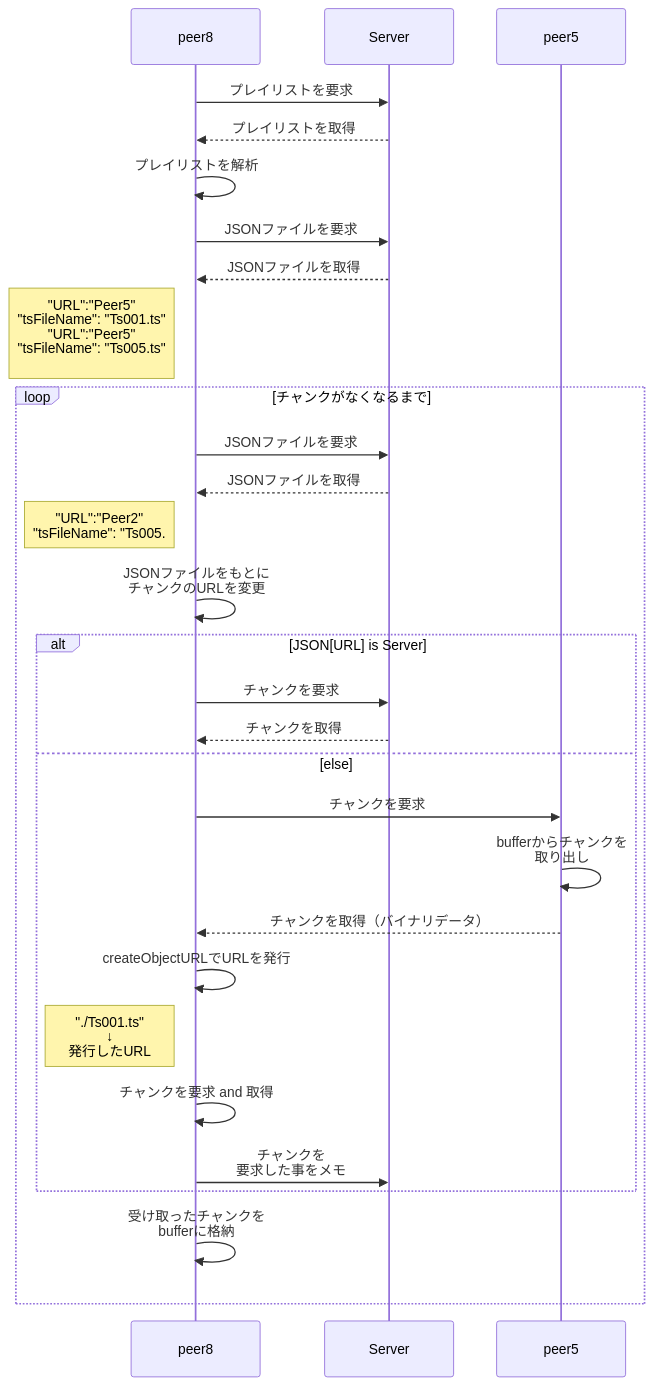
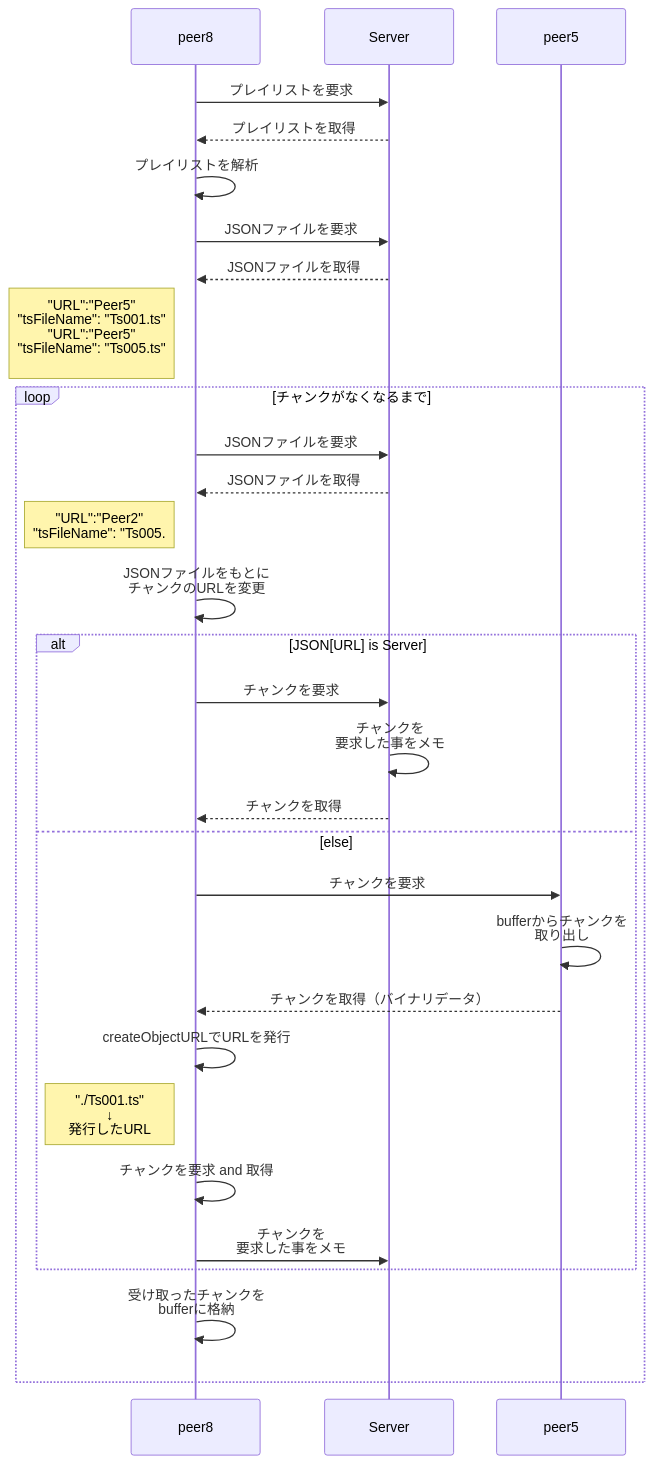
Before and after one commit to naokiChiba68688/fkmstc.github.io: the diagram in hlsjs/demo/test.md, drawn with Mermaid.

````diff
--- a/hlsjs/demo/test.md
+++ b/hlsjs/demo/test.md
@@ -1,28 +1,29 @@
 ```mermaid
 sequenceDiagram
 		peer8->>Server: プレイリストを要求
 		Server-->>peer8: プレイリストを取得
 		peer8->>peer8: プレイリストを解析
 		peer8->>Server: JSONファイルを要求
 		Server-->>peer8: JSONファイルを取得
 		Note left of peer8 : "URL":"Peer5"<br>"tsFileName": "Ts001.ts"<br>"URL":"Peer5"<br>"tsFileName": "Ts005.ts"<br>
 		loop チャンクがなくなるまで
 		peer8->>Server: JSONファイルを要求
 		Server-->>peer8: JSONファイルを取得
 		Note left of peer8 : "URL":"Peer2"<br>"tsFileName": "Ts005.
 		peer8->>peer8: JSONファイルをもとに<br>チャンクのURLを変更
 		alt JSON[URL] is Server
 		peer8->>Server: チャンクを要求
+		Server->>Server: チャンクを<br>要求した事をメモ
 		Server-->>peer8: チャンクを取得
 		else else
 		peer8->>peer5: チャンクを要求
 		peer5->>peer5: bufferからチャンクを<br>取り出し
 		peer5-->>peer8: チャンクを取得（バイナリデータ）
 		peer8->>peer8: createObjectURLでURLを発行
 		Note left of peer8 : "./Ts001.ts"<br>↓<br>発行したURL
 		peer8->>peer8: チャンクを要求 and 取得
 		peer8->>Server: チャンクを<br>要求した事をメモ
 		end
 		peer8->>peer8: 受け取ったチャンクを<br>bufferに格納
 		end
 ```
````
